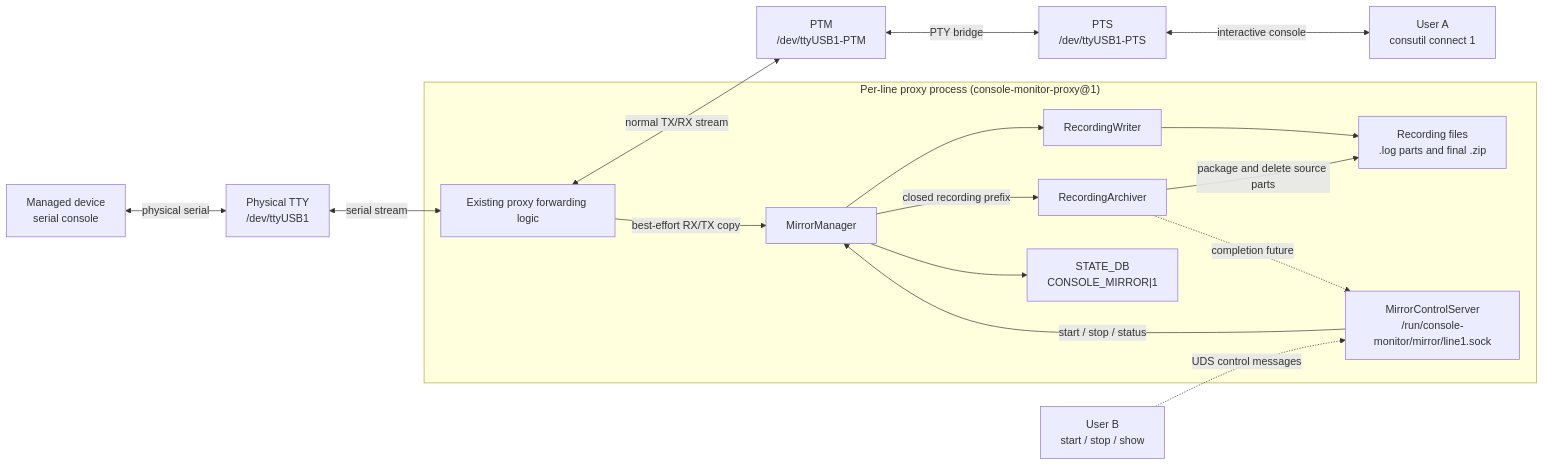
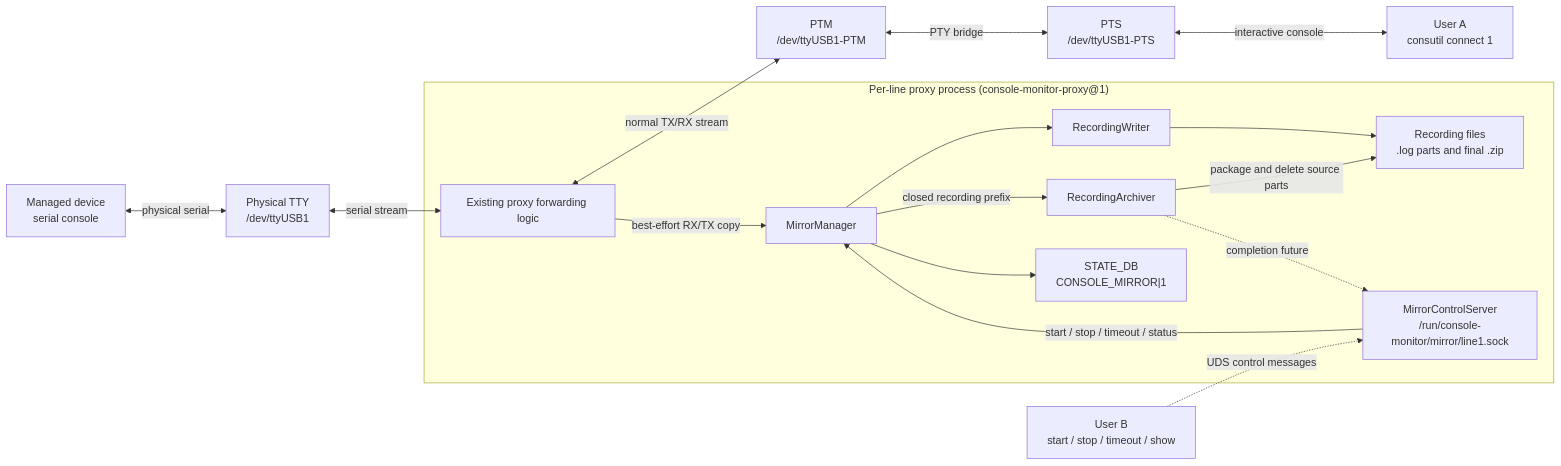
Before and after one commit to sonic-net/SONiC: the first of 3 diagrams in doc/console/Console-Mirror-High-Level-Design.md, drawn with Mermaid. The commit also changed other lines of this file, not shown here.

First line of the commit message:
doc/console: Refine console mirror control design

````diff
--- a/doc/console/Console-Mirror-High-Level-Design.md
+++ b/doc/console/Console-Mirror-High-Level-Design.md
@@ -110,41 +110,41 @@
 ```mermaid
 flowchart LR
     target["Managed device<br/>serial console"]
     tty["Physical TTY<br/>/dev/ttyUSB1"]
 
     subgraph proxyBox["Per-line proxy process (console-monitor-proxy@1)"]
         core["Existing proxy forwarding logic"]
         mirror["MirrorManager"]
         writer["RecordingWriter"]
         archiver["RecordingArchiver"]
         state["STATE_DB<br/>CONSOLE_MIRROR|1"]
         control["MirrorControlServer<br/>/run/console-monitor/mirror/line1.sock"]
         files["Recording files<br/>.log parts and final .zip"]
     end
 
     ptm["PTM<br/>/dev/ttyUSB1-PTM"]
     pts["PTS<br/>/dev/ttyUSB1-PTS"]
     userA["User A<br/>consutil connect 1"]
 
     target <-- "physical serial" --> tty
     tty <-- "serial stream" --> core
 
     core <-- "normal TX/RX stream" --> ptm
     ptm <-- "PTY bridge" --> pts
     pts <-- "interactive console" --> userA
 
     core -->|best-effort RX/TX copy| mirror
 
     mirror --> writer
     writer --> files
     mirror -->|"closed recording prefix"| archiver
     archiver -->|"package and delete source parts"| files
     mirror --> state
 
-    control -->|start / stop / status| mirror
+    control -->|start / stop / timeout / status| mirror
     archiver -. "completion future" .-> control
 
-    userB["User B<br/>start / stop / show"]
+    userB["User B<br/>start / stop / timeout / show"]
 
     userB -. "UDS control messages" .-> control
 ```
````
